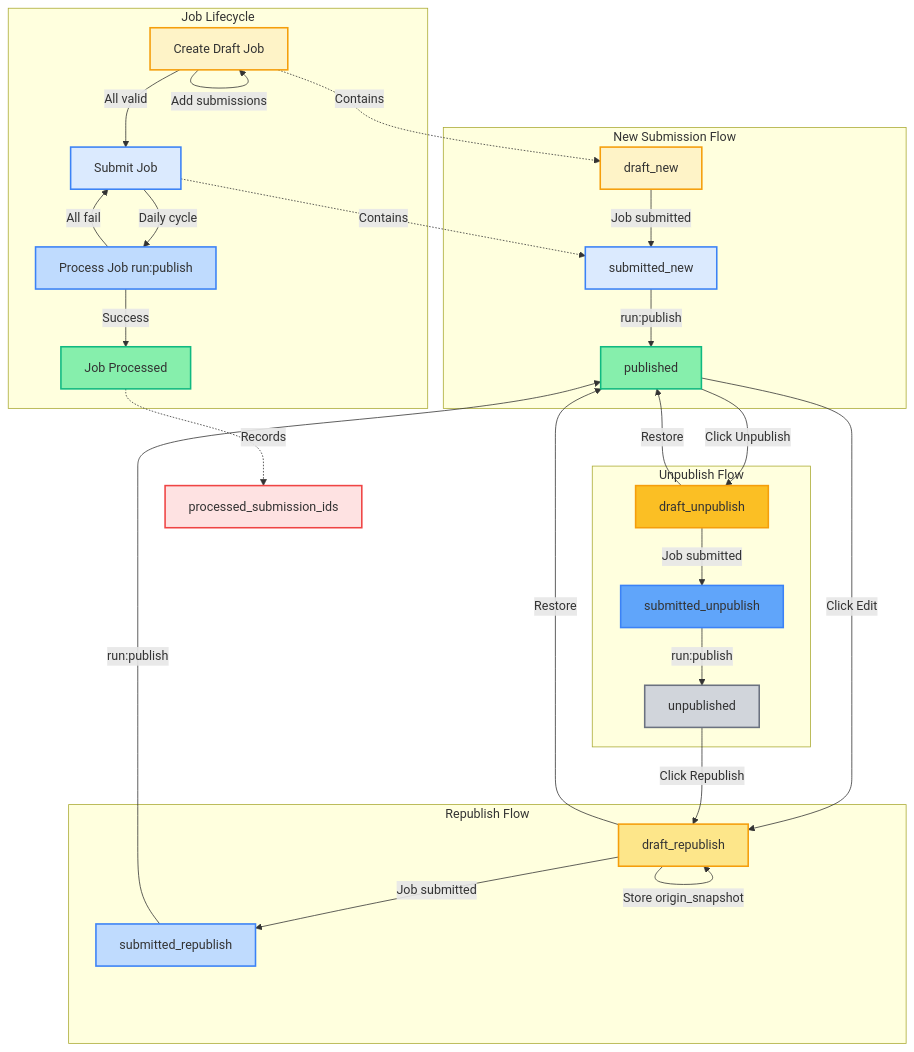
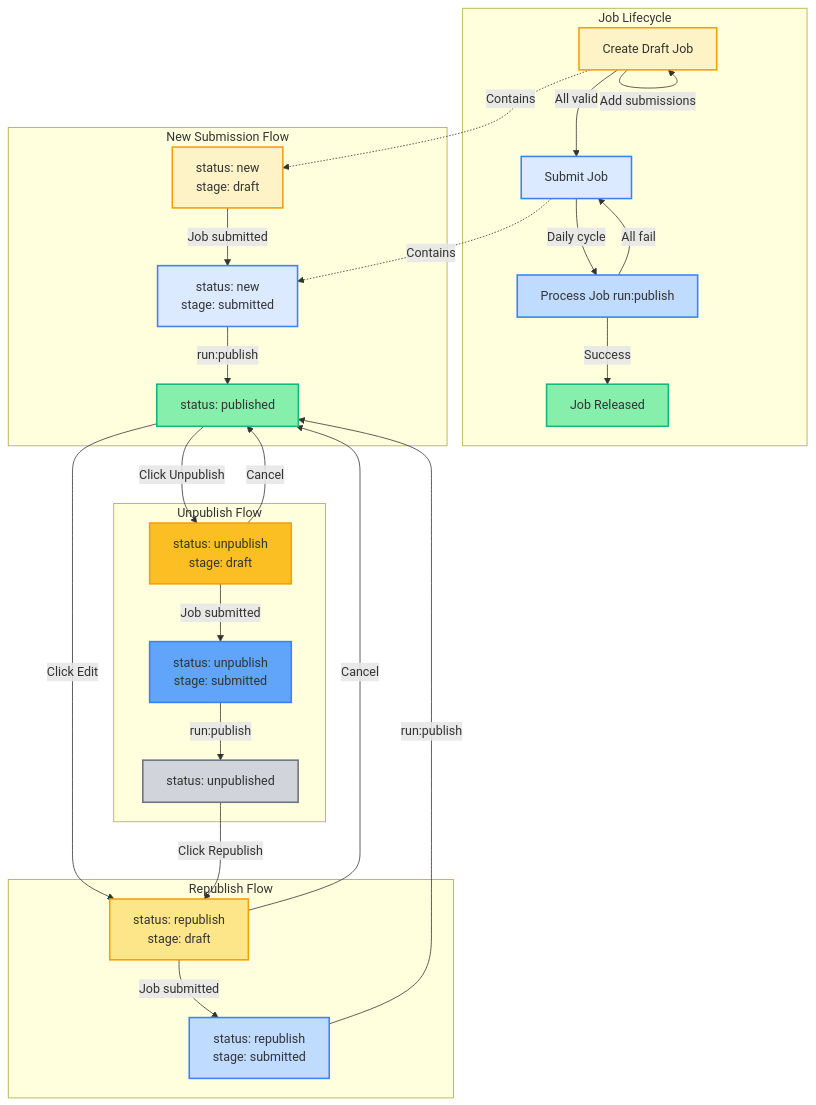
Before and after one commit to GeneCurationCoalition/gencc-sub: the first of 11 diagrams in docs/STATE_MODEL_DIAGRAMS.md, drawn with Mermaid. The commit also changed other lines of this file and 11 other files, not shown here.

````diff
--- a/docs/STATE_MODEL_DIAGRAMS.md
+++ b/docs/STATE_MODEL_DIAGRAMS.md
@@ -29,65 +60,62 @@
 ```mermaid
 graph TB
     subgraph Job[Job Lifecycle]
         J1[Create Draft Job]
         J2[Submit Job]
         J3[Process Job run:publish]
-        J4[Job Processed]
+        J4[Job Released]
 
         J1 -->|Add submissions| J1
         J1 -->|All valid| J2
         J2 -->|Daily cycle| J3
         J3 -->|Success| J4
         J3 -->|All fail| J2
     end
 
     subgraph New[New Submission Flow]
-        S1[draft_new]
-        S2[submitted_new]
-        S3[published]
+        S1[status: new<br>stage: draft]
+        S2[status: new<br>stage: submitted]
+        S3[status: published]
 
         S1 -->|Job submitted| S2
         S2 -->|run:publish| S3
     end
 
     subgraph Republish[Republish Flow]
-        S4[draft_republish]
-        S5[submitted_republish]
+        S4[status: republish<br>stage: draft]
+        S5[status: republish<br>stage: submitted]
 
         S3 -->|Click Edit| S4
-        S4 -->|Store origin_snapshot| S4
         S4 -->|Job submitted| S5
         S5 -->|run:publish| S3
-        S4 -->|Restore| S3
+        S4 -->|Cancel| S3
     end
 
     subgraph Unpublish[Unpublish Flow]
-        S6[draft_unpublish]
-        S7[submitted_unpublish]
-        S8[unpublished]
+        S6[status: unpublish<br>stage: draft]
+        S7[status: unpublish<br>stage: submitted]
+        S8[status: unpublished]
 
         S3 -->|Click Unpublish| S6
         S6 -->|Job submitted| S7
         S7 -->|run:publish| S8
-        S6 -->|Restore| S3
+        S6 -->|Cancel| S3
         S8 -->|Click Republish| S4
     end
 
     J1 -.->|Contains| S1
     J2 -.->|Contains| S2
-    J4 -.->|Records| REC[processed_submission_ids]
 
     style J1 fill:#FEF3C7,stroke:#F59E0B,stroke-width:2px
     style J2 fill:#DBEAFE,stroke:#3B82F6,stroke-width:2px
     style J3 fill:#BFDBFE,stroke:#3B82F6,stroke-width:2px
     style J4 fill:#86EFAC,stroke:#10B981,stroke-width:2px
     style S1 fill:#FEF3C7,stroke:#F59E0B,stroke-width:2px
     style S2 fill:#DBEAFE,stroke:#3B82F6,stroke-width:2px
     style S3 fill:#86EFAC,stroke:#10B981,stroke-width:2px
     style S4 fill:#FDE68A,stroke:#F59E0B,stroke-width:2px
     style S5 fill:#BFDBFE,stroke:#3B82F6,stroke-width:2px
     style S6 fill:#FBBF24,stroke:#F59E0B,stroke-width:2px
     style S7 fill:#60A5FA,stroke:#3B82F6,stroke-width:2px
     style S8 fill:#D1D5DB,stroke:#6B7280,stroke-width:2px
-    style REC fill:#FEE2E2,stroke:#EF4444,stroke-width:2px
 ```
````
